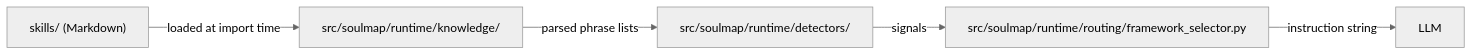
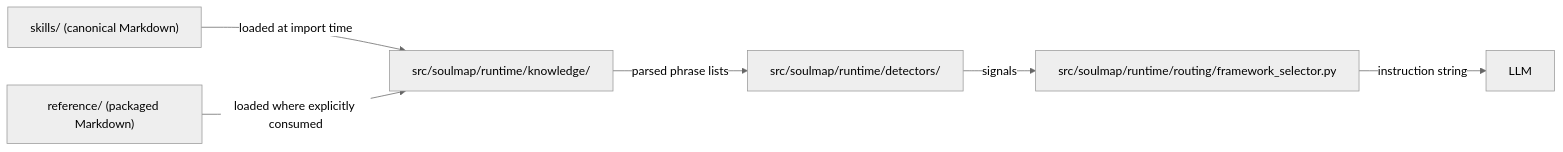
One commit to tuanductran/soulmap-ai changed the second of 3 diagrams in docs/engineering/known-limitations.md. Above: the diagram before and after it, drawn with Mermaid (neutral theme). The commit also changed other lines of this file and 31 other files, not shown here.

Commit message:
refactor(skills): package markdown language references

````diff
--- a/docs/engineering/known-limitations.md
+++ b/docs/engineering/known-limitations.md
@@ -145,7 +146,8 @@
 ```mermaid
 flowchart LR
-    A["skills/ (Markdown)"] -- loaded at import time --> B["src/soulmap/runtime/knowledge/"]
+    A["skills/ (canonical Markdown)"] -- loaded at import time --> B["src/soulmap/runtime/knowledge/"]
+    R["reference/ (packaged Markdown)"] -- loaded where explicitly consumed --> B
     B -- parsed phrase lists --> C["src/soulmap/runtime/detectors/"]
     C -- signals --> D["src/soulmap/runtime/routing/framework_selector.py"]
     D -- instruction string --> E[LLM]
 ```
````
